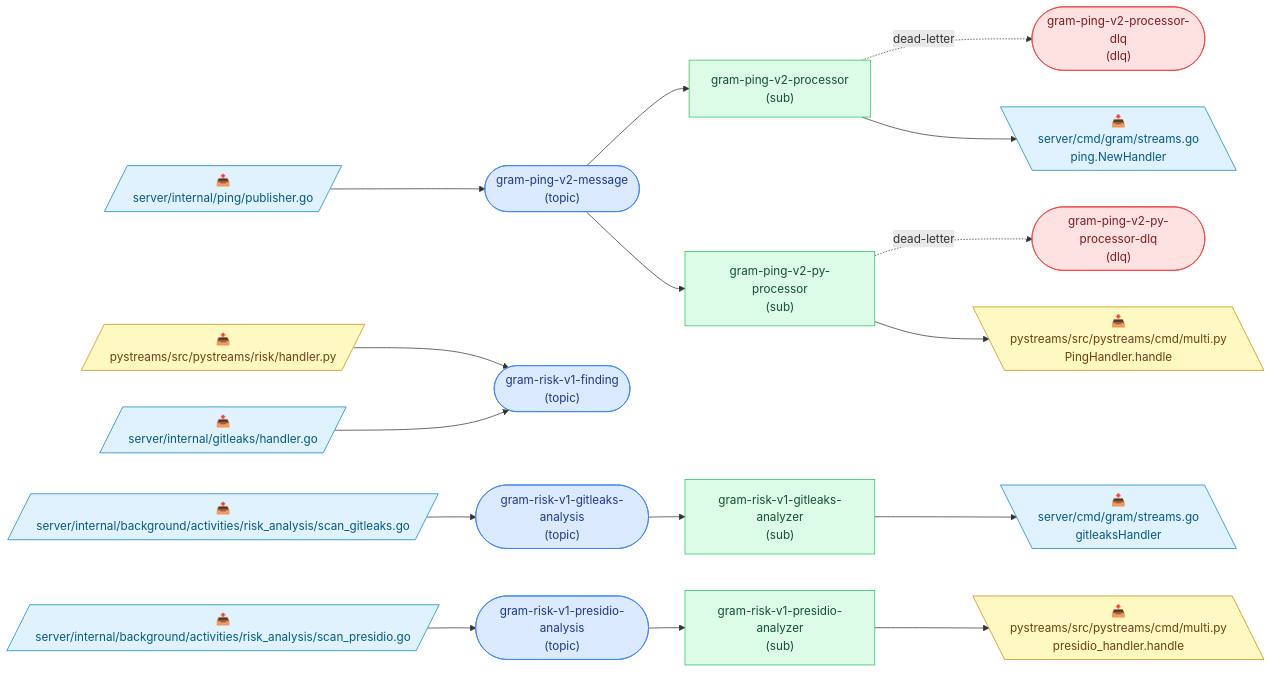
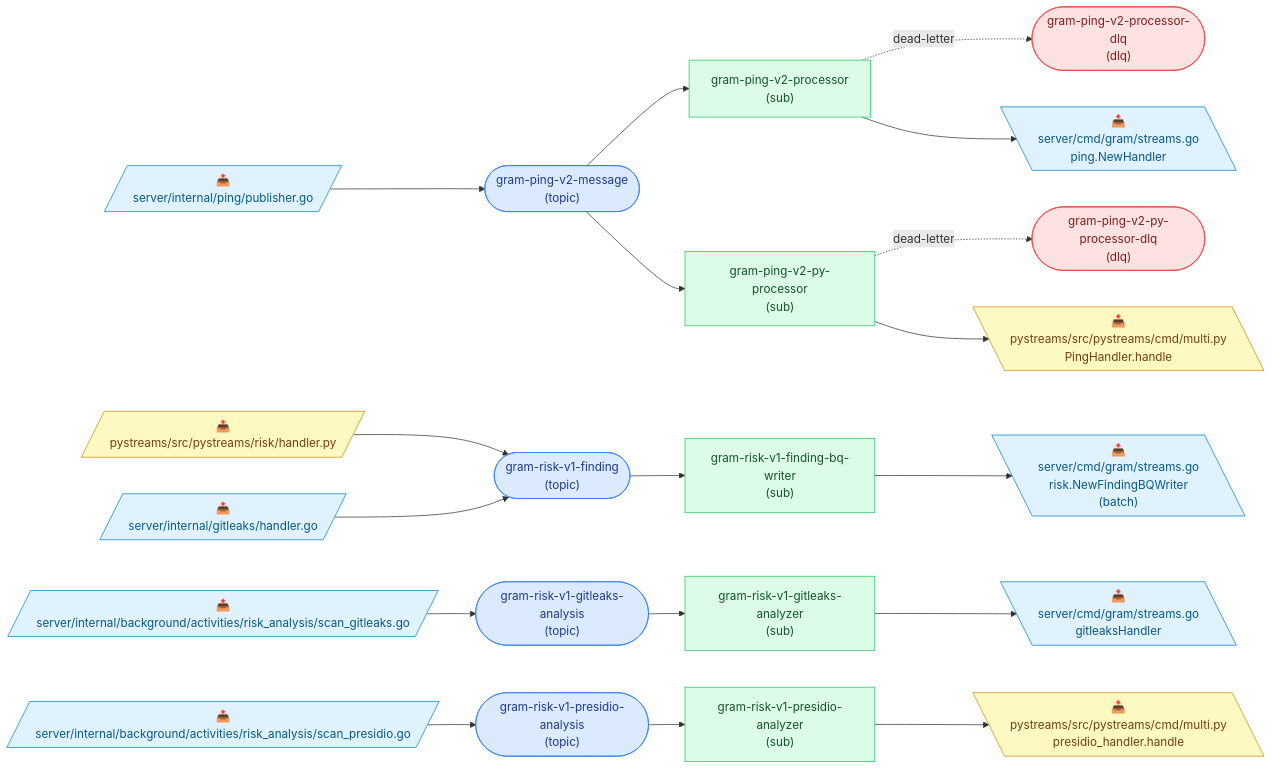
Before and after one commit to speakeasy-api/gram: the diagram in docs/pubsub-topology.md, drawn with Mermaid. The commit also changed other lines of this file and 29 other files, not shown here.

````diff
--- a/docs/pubsub-topology.md
+++ b/docs/pubsub-topology.md
@@ -9,45 +9,49 @@
 ```mermaid
 flowchart LR
   classDef topic fill:#dbeafe,stroke:#3b82f6,color:#1e3a8a;
   classDef dlq fill:#fee2e2,stroke:#ef4444,color:#7f1d1d;
   classDef sub fill:#dcfce7,stroke:#22c55e,color:#14532d;
   classDef go fill:#e0f2fe,stroke:#0284c7,color:#075985;
   classDef python fill:#fef9c3,stroke:#ca8a04,color:#713f12;
   classDef deprecated stroke-dasharray:4 3,opacity:0.55;
 
   t_gram_ping_v2_message(["gram-ping-v2-message<br/>(topic)"]):::topic
   t_gram_ping_v2_processor_dlq(["gram-ping-v2-processor-dlq<br/>(dlq)"]):::dlq
   t_gram_ping_v2_py_processor_dlq(["gram-ping-v2-py-processor-dlq<br/>(dlq)"]):::dlq
   t_gram_risk_v1_finding(["gram-risk-v1-finding<br/>(topic)"]):::topic
   t_gram_risk_v1_gitleaks_analysis(["gram-risk-v1-gitleaks-analysis<br/>(topic)"]):::topic
   t_gram_risk_v1_presidio_analysis(["gram-risk-v1-presidio-analysis<br/>(topic)"]):::topic
   s_gram_ping_v2_processor["gram-ping-v2-processor<br/>(sub)"]:::sub
   s_gram_ping_v2_py_processor["gram-ping-v2-py-processor<br/>(sub)"]:::sub
+  s_gram_risk_v1_finding_bq_writer["gram-risk-v1-finding-bq-writer<br/>(sub)"]:::sub
   s_gram_risk_v1_gitleaks_analyzer["gram-risk-v1-gitleaks-analyzer<br/>(sub)"]:::sub
   s_gram_risk_v1_presidio_analyzer["gram-risk-v1-presidio-analyzer<br/>(sub)"]:::sub
 
   p0[/"📤<br/>server/internal/ping/publisher.go"/]:::go
   p0 --> t_gram_ping_v2_message
   p1[/"📤<br/>pystreams/src/pystreams/risk/handler.py"/]:::python
   p1 --> t_gram_risk_v1_finding
   p2[/"📤<br/>server/internal/gitleaks/handler.go"/]:::go
   p2 --> t_gram_risk_v1_finding
   p3[/"📤<br/>server/internal/background/activities/risk_analysis/scan_gitleaks.go"/]:::go
   p3 --> t_gram_risk_v1_gitleaks_analysis
   p4[/"📤<br/>server/internal/background/activities/risk_analysis/scan_presidio.go"/]:::go
   p4 --> t_gram_risk_v1_presidio_analysis
   t_gram_ping_v2_message --> s_gram_ping_v2_processor
   s_gram_ping_v2_processor -. dead-letter .-> t_gram_ping_v2_processor_dlq
   t_gram_ping_v2_message --> s_gram_ping_v2_py_processor
   s_gram_ping_v2_py_processor -. dead-letter .-> t_gram_ping_v2_py_processor_dlq
+  t_gram_risk_v1_finding --> s_gram_risk_v1_finding_bq_writer
   t_gram_risk_v1_gitleaks_analysis --> s_gram_risk_v1_gitleaks_analyzer
   t_gram_risk_v1_presidio_analysis --> s_gram_risk_v1_presidio_analyzer
   c5[\"📥<br/>server/cmd/gram/streams.go<br/>ping.NewHandler"\]:::go
   s_gram_ping_v2_processor --> c5
   c6[\"📥<br/>pystreams/src/pystreams/cmd/multi.py<br/>PingHandler.handle"\]:::python
   s_gram_ping_v2_py_processor --> c6
-  c7[\"📥<br/>server/cmd/gram/streams.go<br/>gitleaksHandler"\]:::go
-  s_gram_risk_v1_gitleaks_analyzer --> c7
-  c8[\"📥<br/>pystreams/src/pystreams/cmd/multi.py<br/>presidio_handler.handle"\]:::python
-  s_gram_risk_v1_presidio_analyzer --> c8
+  c7[\"📥<br/>server/cmd/gram/streams.go<br/>risk.NewFindingBQWriter<br/>(batch)"\]:::go
+  s_gram_risk_v1_finding_bq_writer --> c7
+  c8[\"📥<br/>server/cmd/gram/streams.go<br/>gitleaksHandler"\]:::go
+  s_gram_risk_v1_gitleaks_analyzer --> c8
+  c9[\"📥<br/>pystreams/src/pystreams/cmd/multi.py<br/>presidio_handler.handle"\]:::python
+  s_gram_risk_v1_presidio_analyzer --> c9
 ```
````
